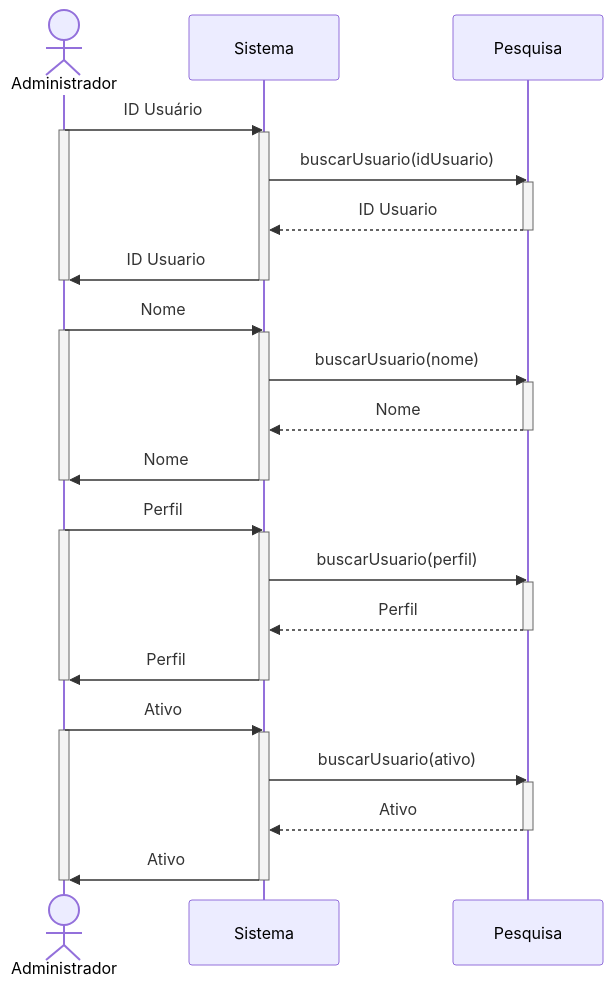
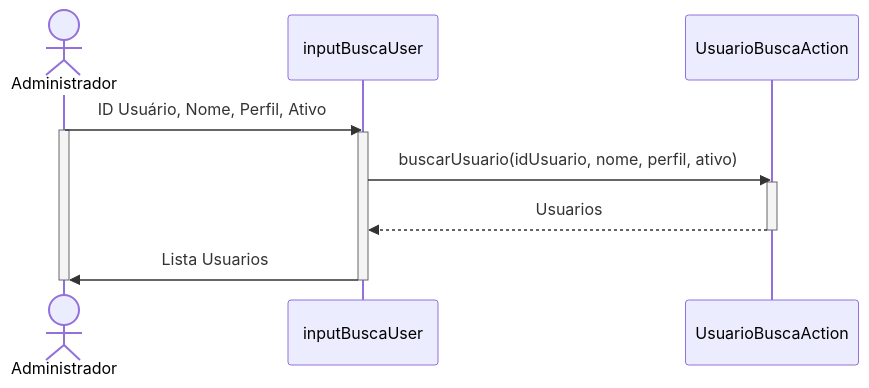
The diagram in DiagramaSequencia/Usuário/PesquisaUsuario.md (branqsMRP/SequenceDiagram), drawn with Mermaid before and after one commit.

Commit message:
Commit 2.2

`````diff
--- a/DiagramaSequencia/Usuário/PesquisaUsuario.md
+++ b/DiagramaSequencia/Usuário/PesquisaUsuario.md
@@ -1,67 +1,24 @@
 ````mermaid
 sequenceDiagram
 
     actor A as Administrador
-    participant S as Sistema
-    participant P as Pesquisa
+    participant S as inputBuscaUser
+    participant P as UsuarioBuscaAction
 
     % pesquisa por ID 
 
-    A->>S: ID Usuário
+    A->>S: ID Usuário, Nome, Perfil, Ativo
     activate A
     activate S
 
-    S->>P: buscarUsuario(idUsuario)
+    S->>P: buscarUsuario(idUsuario, nome, perfil, ativo)
     activate P
-    P-->>S: ID Usuario
+    P-->>S: Usuarios
     deactivate P
 
-    S->>A: ID Usuario
+    S->>A: Lista Usuarios
     deactivate S
     deactivate A
 
-    % pesquisa por nome
 
-    A->>S: Nome
-    activate A
-    activate S
-
-    S->>P: buscarUsuario(nome)
-    activate P
-    P-->>S: Nome
-    deactivate P
-
-    S->>A: Nome
-    deactivate S
-    deactivate A
-
-    % pesquisa por perfil 
-
-    A->>S: Perfil
-    activate A
-    activate S
-
-    S->>P: buscarUsuario(perfil)
-    activate P
-    P-->>S: Perfil
-    deactivate P
-
-    S->>A: Perfil
-    deactivate S
-    deactivate A
-
-    % pesquisa por ativo
-
-    A->>S: Ativo
-    activate A
-    activate S
-
-    S->>P: buscarUsuario(ativo)
-    activate P
-    P-->>S: Ativo
-    deactivate P
-
-    S->>A: Ativo
-    deactivate S
-    deactivate A
 ````
`````
